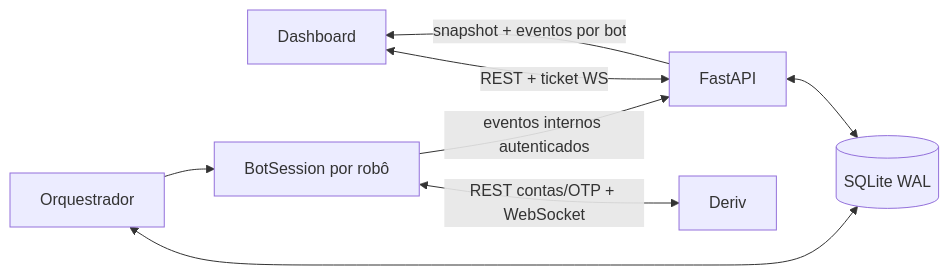
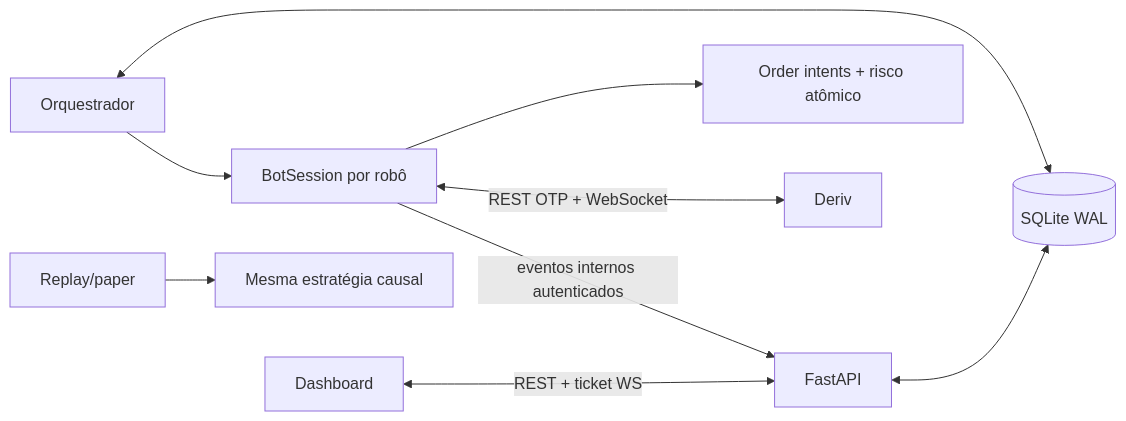
Before and after one commit to schultz0z0/NexusTrader: the diagram in docs/CURRENT-STATE.md, drawn with Mermaid. The commit also changed other lines of this file and 61 other files, not shown here.

````diff
--- a/docs/CURRENT-STATE.md
+++ b/docs/CURRENT-STATE.md
@@ -54,10 +62,11 @@
 ```mermaid
 flowchart LR
     UI[Dashboard] <-->|REST + ticket WS| API[FastAPI]
     API <--> DB[(SQLite WAL)]
     ORC[Orquestrador] <--> DB
     ORC --> S[BotSession por robô]
-    S <-->|REST contas/OTP + WebSocket| D[Deriv]
+    S --> OI[Order intents + risco atômico]
+    S <-->|REST OTP + WebSocket| D[Deriv]
     S -->|eventos internos autenticados| API
-    API -->|snapshot + eventos por bot| UI
+    R[Replay/paper] --> ST[Mesma estratégia causal]
 ```
````
